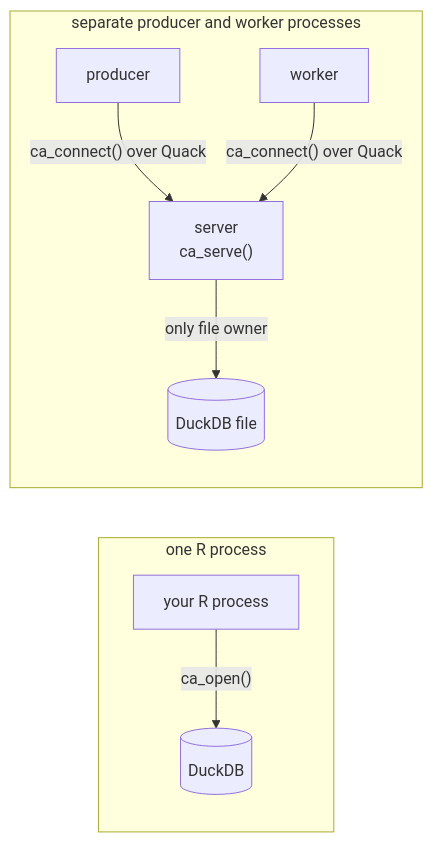
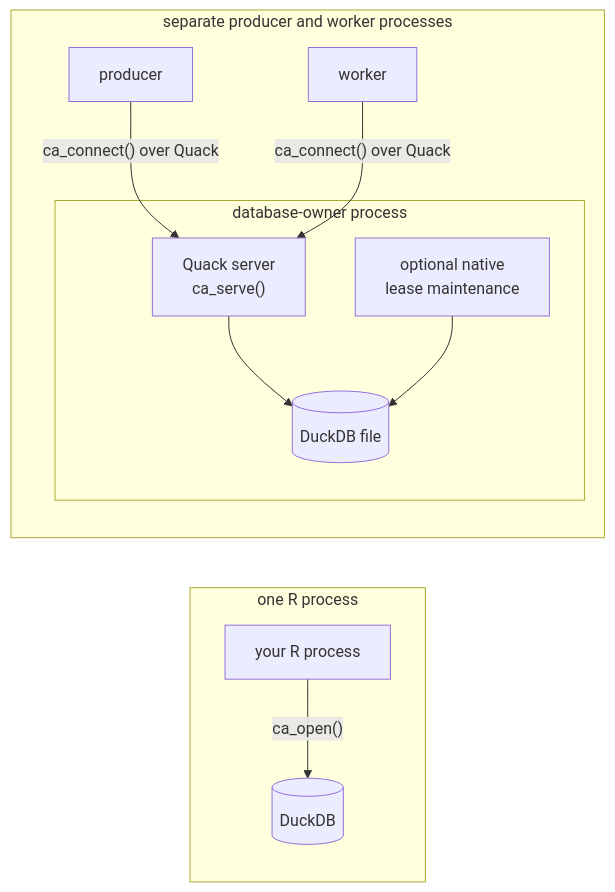
Before and after one commit to RGenomicsETL/CanardAbsurd: the second of 4 diagrams in README.Rmd, drawn with Mermaid. The commit also changed other lines of this file and 10 other files, not shown here.

````diff
--- a/README.Rmd
+++ b/README.Rmd
@@ -102,11 +102,14 @@
 ```mermaid
 flowchart LR
   subgraph Local["one R process"]
     LocalR["your R process"] -->|"ca_open()"| LocalDB[("DuckDB")]
   end
   subgraph Shared["separate producer and worker processes"]
-    Producer["producer"] -->|"ca_connect() over Quack"| Server["server<br/>ca_serve()"]
+    Producer["producer"] -->|"ca_connect() over Quack"| Server
     Worker["worker"] -->|"ca_connect() over Quack"| Server
-    Server -->|"only file owner"| SharedDB[("DuckDB file")]
+    subgraph Owner["database-owner process"]
+      Server["Quack server<br/>ca_serve()"] --> SharedDB[("DuckDB file")]
+      Maintenance["optional native<br/>lease maintenance"] --> SharedDB
+    end
   end
 ```
````
